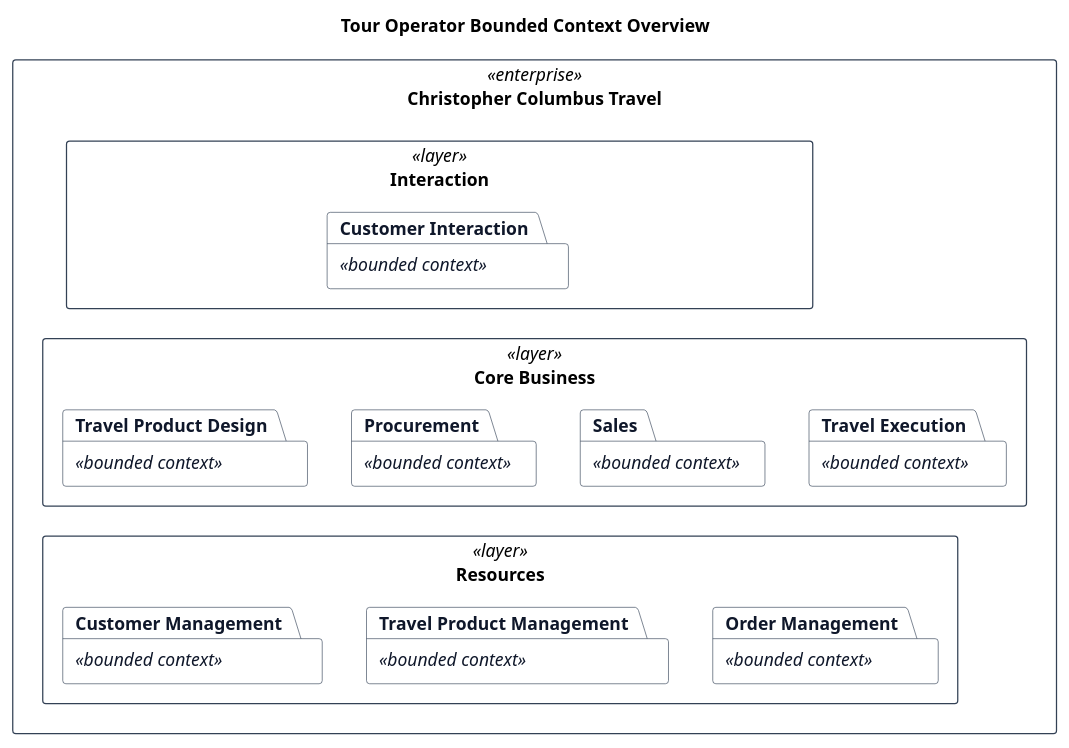
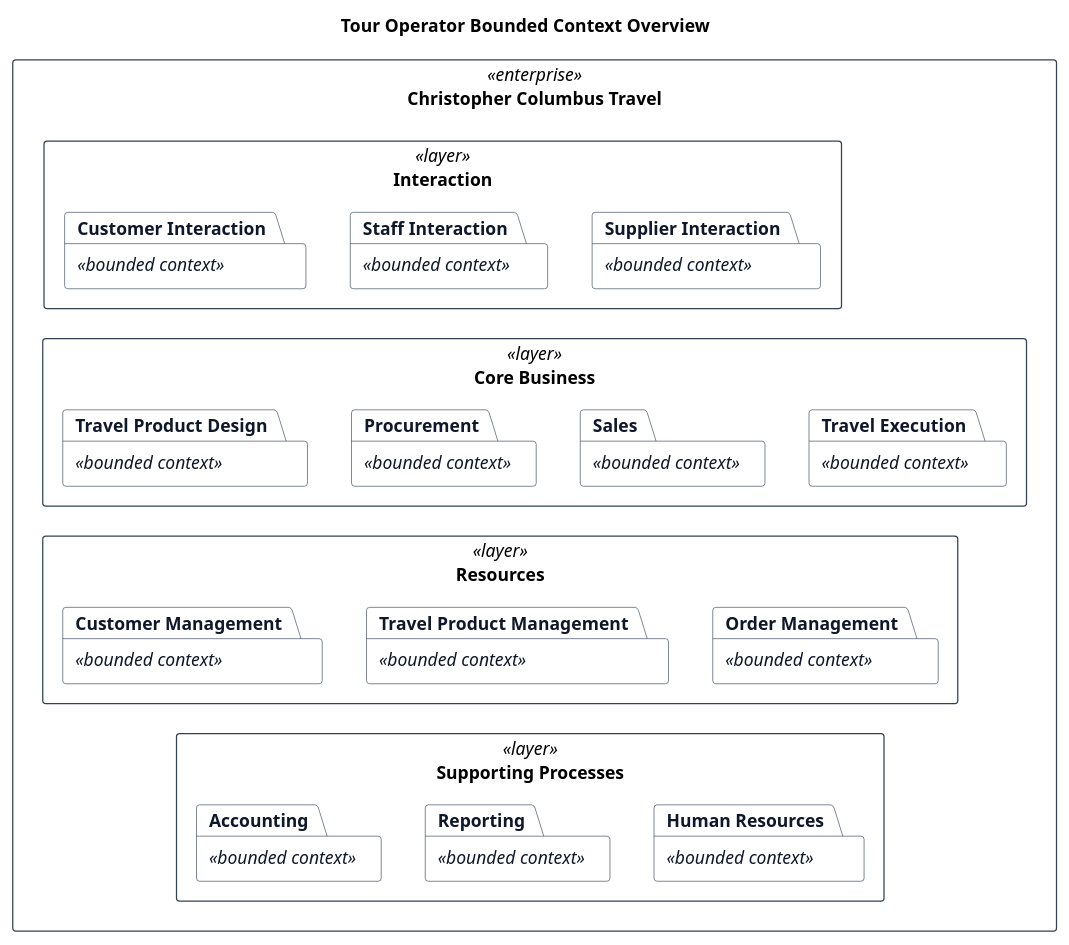
One commit to hochschule-darmstadt/a3se_app changed the diagram in docs/requirements/bounded-contexts/overview.puml. Above: the diagram before and after it, drawn with PlantUML. The commit also changed 2 other files, not shown here.

Commit message:
Expand bounded context model

```diff
--- a/docs/requirements/bounded-contexts/overview.puml
+++ b/docs/requirements/bounded-contexts/overview.puml
@@ -1,51 +1,64 @@
 @startuml
 title Tour Operator Bounded Context Overview
 
 top to bottom direction
 skinparam shadowing false
 skinparam packageStyle rectangle
 skinparam package {
   BackgroundColor White
   BorderColor #334155
   FontColor #0F172A
 }
 package "Christopher Columbus Travel" <<enterprise>> {
   package "Interaction" <<layer>> {
-    rectangle "<color:transparent>__________________________________________________________________________________________________</color>" as CustomerAccessLeft #transparent;line:transparent
     package "Customer Interaction" <<bounded context>>
-    rectangle "<color:transparent>________________________________________________________________________________________________</color>" as CustomerAccessRight #transparent;line:transparent
+    package "Staff Interaction" <<bounded context>>
+    package "Supplier Interaction" <<bounded context>>
 
-    CustomerAccessLeft -[hidden]right- "Customer Interaction"
-    "Customer Interaction" -[hidden]right- CustomerAccessRight
+    "Customer Interaction" -[hidden]right- "Staff Interaction"
+    "Staff Interaction" -[hidden]right- "Supplier Interaction"
   }
 
   package "Core Business" <<layer>> {
     package "Travel Product Design" <<bounded context>>
     package "Procurement" <<bounded context>>
     package "Sales" <<bounded context>>
     package "Travel Execution" <<bounded context>>
 
     "Travel Product Design" -[hidden]right- "Procurement"
     "Procurement" -[hidden]right- "Sales"
     "Sales" -[hidden]right- "Travel Execution"
   }
 
   package "Resources" <<layer>> {
     package "Customer Management" <<bounded context>>
     package "Travel Product Management" <<bounded context>>
     package "Order Management" <<bounded context>>
 
     "Customer Management" -[hidden]right- "Travel Product Management"
     "Travel Product Management" -[hidden]right- "Order Management"
   }
 
-  CustomerAccessLeft -[hidden]down- "Travel Product Design"
-  "Customer Interaction" -[hidden]down- "Procurement"
-  CustomerAccessRight -[hidden]down- "Travel Execution"
+  package "Supporting Processes" <<layer>> {
+    package "Accounting" <<bounded context>>
+    package "Reporting" <<bounded context>>
+    package "Human Resources" <<bounded context>>
+
+    "Accounting" -[hidden]right- "Reporting"
+    "Reporting" -[hidden]right- "Human Resources"
+  }
+
+  "Customer Interaction" -[hidden]down- "Travel Product Design"
+  "Staff Interaction" -[hidden]down- "Procurement"
+  "Supplier Interaction" -[hidden]down- "Travel Execution"
 
   "Travel Product Design" -[hidden]down- "Customer Management"
   "Procurement" -[hidden]down- "Travel Product Management"
   "Travel Execution" -[hidden]down- "Order Management"
+
+  "Customer Management" -[hidden]down- "Accounting"
+  "Travel Product Management" -[hidden]down- "Reporting"
+  "Order Management" -[hidden]down- "Human Resources"
 }
 
 @enduml
```
